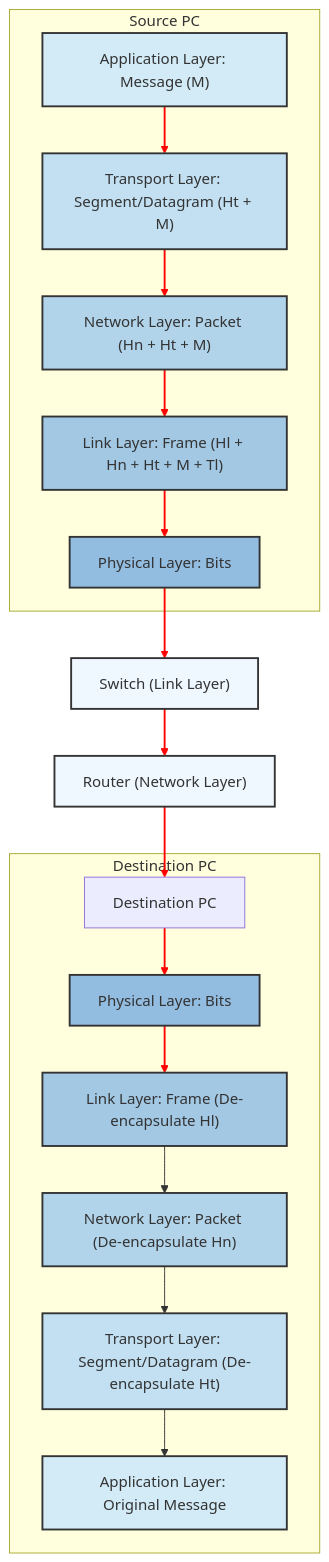
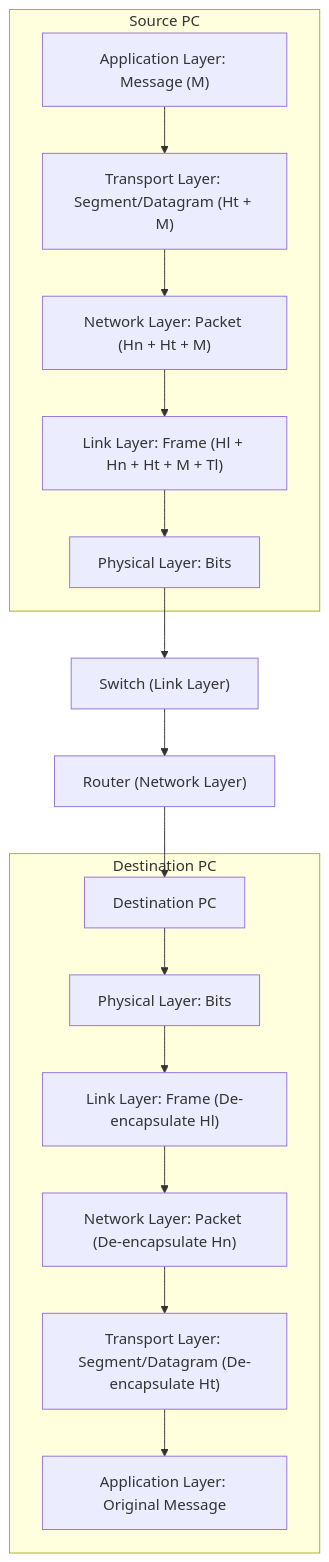
The diagram in Linux Adminstrtion/04. Intro to Networking & Application Layer.md (abdallah-shehawey/Embedded-Linux-Notes), drawn with Mermaid before and after one commit.

````diff
--- a/Linux Adminstrtion/04. Intro to Networking & Application Layer.md
+++ b/Linux Adminstrtion/04. Intro to Networking & Application Layer.md
@@ -49,46 +49,21 @@
     ```mermaid
     graph TD
     subgraph Source ["Source PC"]
         A["Application Layer: Message (M)"] --> B["Transport Layer: Segment/Datagram (Ht + M)"]
         B --> C["Network Layer: Packet (Hn + Ht + M)"]
         C --> D["Link Layer: Frame (Hl + Hn + Ht + M + Tl)"]
         D --> E["Physical Layer: Bits"]
     end
 
     E --> F["Switch (Link Layer)"]
     F --> G["Router (Network Layer)"]
     G --> H["Destination PC"]
 
     subgraph Destination ["Destination PC"]
         H --> I["Physical Layer: Bits"]
         I --> J["Link Layer: Frame (De-encapsulate Hl)"]
         J --> K["Network Layer: Packet (De-encapsulate Hn)"]
         K --> L["Transport Layer: Segment/Datagram (De-encapsulate Ht)"]
         L --> M_final["Application Layer: Original Message"]
     end
-
-    style A fill:#D2EBF7,stroke:#333,stroke-width:2px
-    style B fill:#C2E0F2,stroke:#333,stroke-width:2px
-    style C fill:#B2D4EB,stroke:#333,stroke-width:2px
-    style D fill:#A2C8E4,stroke:#333,stroke-width:2px
-    style E fill:#92BCE0,stroke:#333,stroke-width:2px
-
-    style M_final fill:#D2EBF7,stroke:#333,stroke-width:2px
-    style L fill:#C2E0F2,stroke:#333,stroke-width:2px
-    style K fill:#B2D4EB,stroke:#333,stroke-width:2px
-    style J fill:#A2C8E4,stroke:#333,stroke-width:2px
-    style I fill:#92BCE0,stroke:#333,stroke-width:2px
-
-    style F fill:#F0F8FF,stroke:#333,stroke-width:2px
-    style G fill:#F0F8FF,stroke:#333,stroke-width:2px
-
-    linkStyle 0 stroke:#FF0000,stroke-width:2px,fill:none;
-    linkStyle 1 stroke:#FF0000,stroke-width:2px,fill:none;
-    linkStyle 2 stroke:#FF0000,stroke-width:2px,fill:none;
-    linkStyle 3 stroke:#FF0000,stroke-width:2px,fill:none;
-    linkStyle 4 stroke:#FF0000,stroke-width:2px,fill:none;
-    linkStyle 5 stroke:#FF0000,stroke-width:2px,fill:none;
-    linkStyle 6 stroke:#FF0000,stroke-width:2px,fill:none;
-    linkStyle 7 stroke:#FF0000,stroke-width:2px,fill:none;
-    linkStyle 8 stroke:#FF0000,stroke-width:2px,fill:none;
     ```
````
